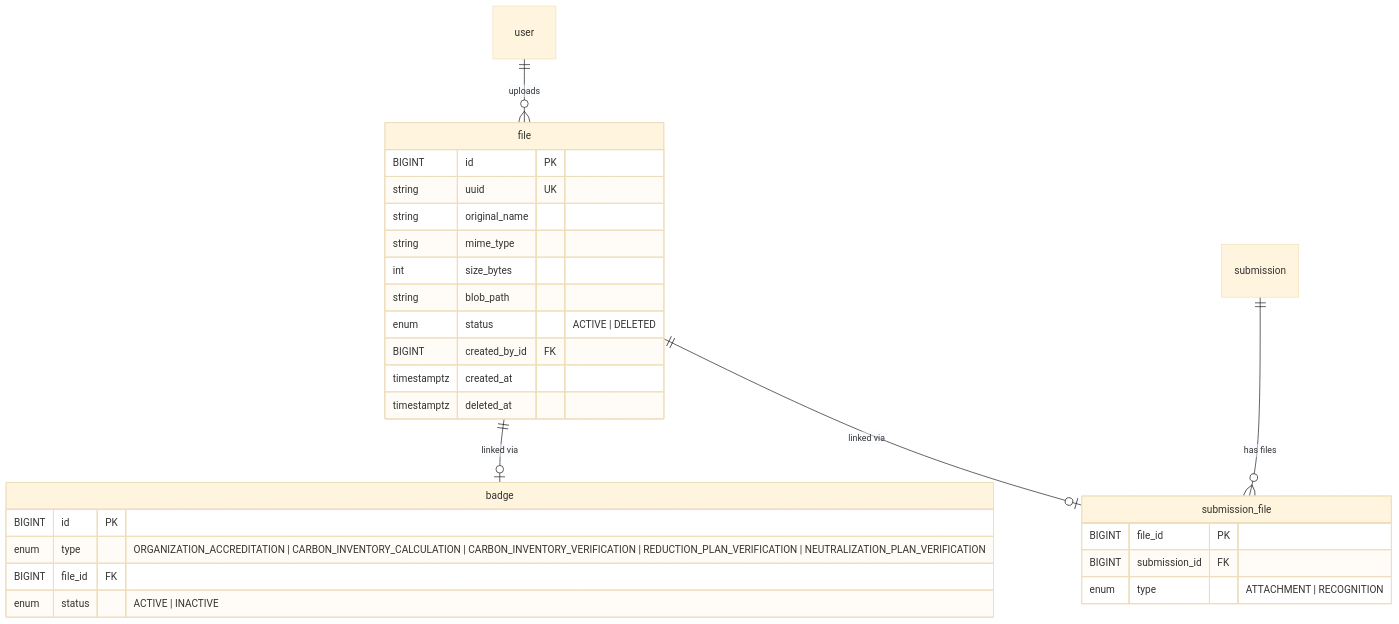
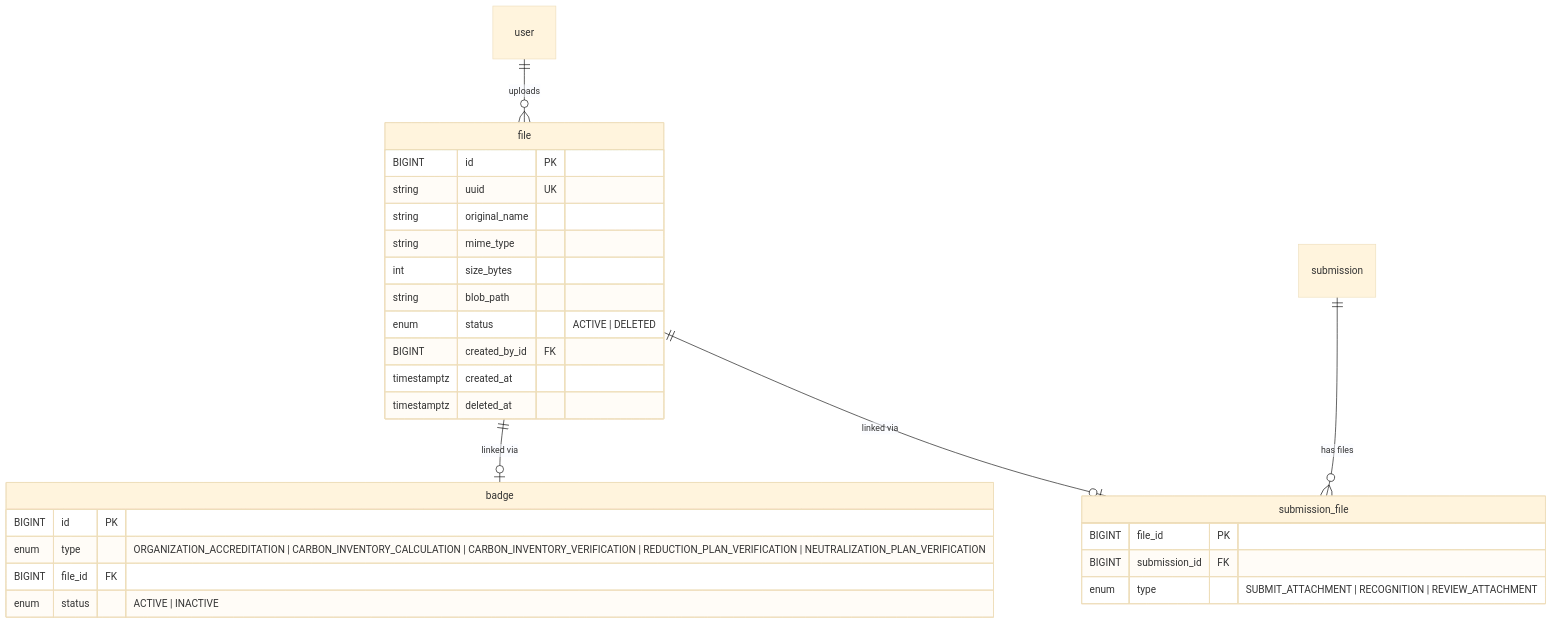
The diagram in docs/Infra/FileStorage.md (undp/carbon-footprint-program), drawn with Mermaid (base theme) before and after one commit. The commit also changed other lines of this file and 14 other files, not shown here.

Commit message:
Feat: update submission file types to use SUBMIT_ATTACHMENT and REVIEW_ATTACHMENT

````diff
--- a/docs/Infra/FileStorage.md
+++ b/docs/Infra/FileStorage.md
@@ -127,33 +127,33 @@
 ```mermaid
 erDiagram
     file {
         BIGINT id PK
         string uuid UK
         string original_name
         string mime_type
         int size_bytes
         string blob_path
         enum status "ACTIVE | DELETED"
         BIGINT created_by_id FK
         timestamptz created_at
         timestamptz deleted_at
     }
 
     badge {
         BIGINT id PK
         enum type "ORGANIZATION_ACCREDITATION | CARBON_INVENTORY_CALCULATION | CARBON_INVENTORY_VERIFICATION | REDUCTION_PLAN_VERIFICATION | NEUTRALIZATION_PLAN_VERIFICATION"
         BIGINT file_id FK
         enum status "ACTIVE | INACTIVE"
     }
 
     submission_file {
         BIGINT file_id PK
         BIGINT submission_id FK
-        enum type "ATTACHMENT | RECOGNITION"
+        enum type "SUBMIT_ATTACHMENT | RECOGNITION | REVIEW_ATTACHMENT"
     }
 
     file ||--o| badge : "linked via"
     file ||--o| submission_file : "linked via"
     submission ||--o{ submission_file : "has files"
     user ||--o{ file : "uploads"
 ```
````
